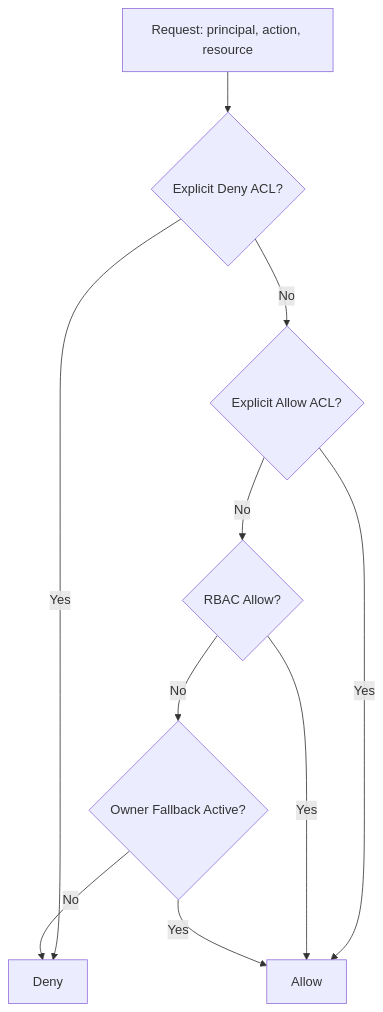
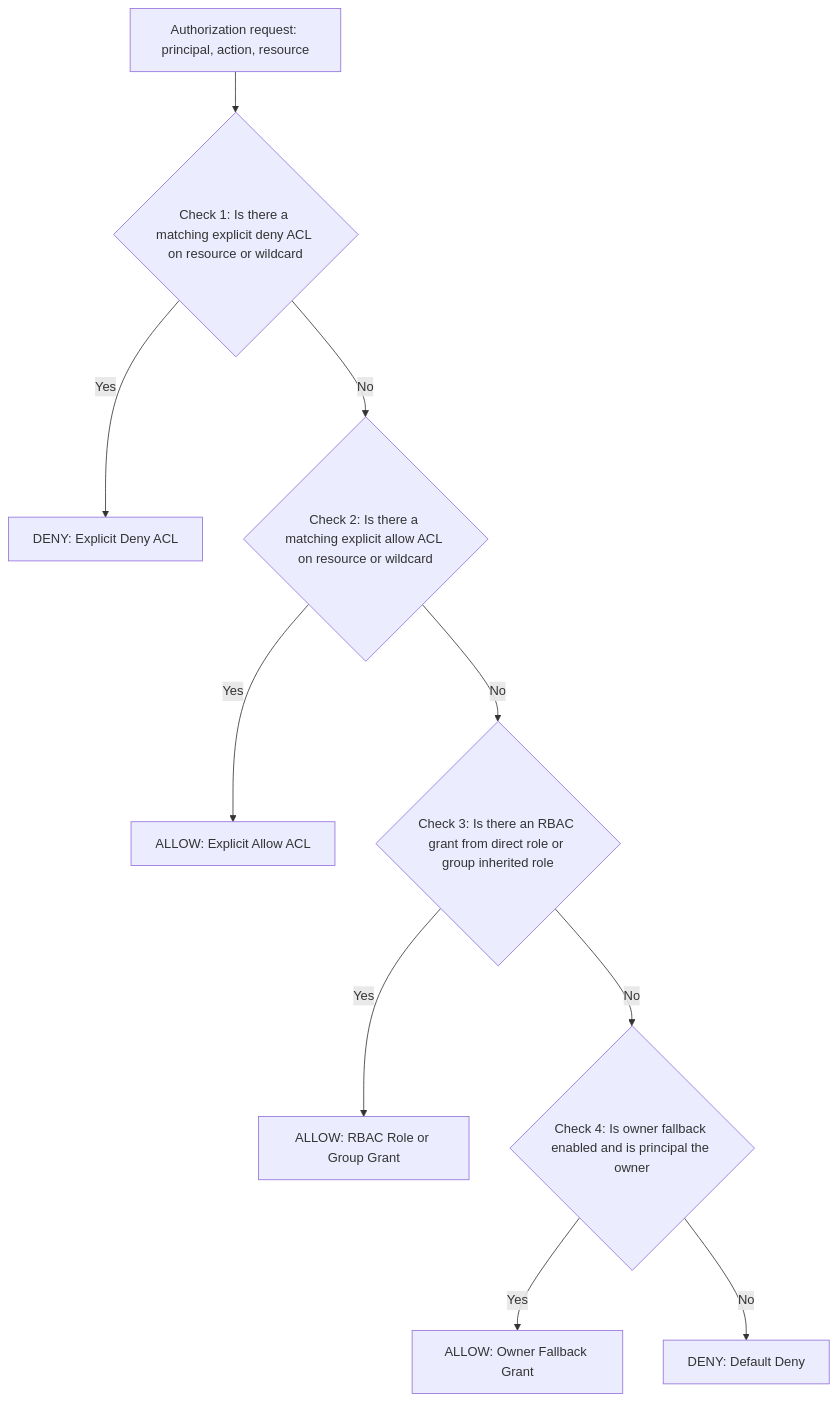
One commit to etl-madness/EtlAnalytics.RulesEngine changed the diagram in docs/RBAC.md. Above: the diagram before and after it, drawn with Mermaid. The commit also changed other lines of this file, not shown here.

Commit message:
RBAC Documentaiton updated

````diff
--- a/docs/RBAC.md
+++ b/docs/RBAC.md
@@ -70,12 +70,12 @@
 ```mermaid
 flowchart TD
-    A[Request: principal, action, resource] --> B{Explicit Deny ACL?}
-    B -- Yes --> X[Deny]
-    B -- No --> C{Explicit Allow ACL?}
-    C -- Yes --> Y[Allow]
-    C -- No --> D{RBAC Allow?}
-    D -- Yes --> Y
-    D -- No --> E{Owner Fallback Active?}
-    E -- Yes --> Y
-    E -- No --> X
+    A["Authorization request: principal, action, resource"] --> D1{"Check 1: Is there a matching explicit deny ACL on resource or wildcard"}
+    D1 -- Yes --> R1["DENY: Explicit Deny ACL"]
+    D1 -- No --> D2{"Check 2: Is there a matching explicit allow ACL on resource or wildcard"}
+    D2 -- Yes --> R2["ALLOW: Explicit Allow ACL"]
+    D2 -- No --> D3{"Check 3: Is there an RBAC grant from direct role or group inherited role"}
+    D3 -- Yes --> R3["ALLOW: RBAC Role or Group Grant"]
+    D3 -- No --> D4{"Check 4: Is owner fallback enabled and is principal the owner"}
+    D4 -- Yes --> R4["ALLOW: Owner Fallback Grant"]
+    D4 -- No --> R5["DENY: Default Deny"]
 ```
````
